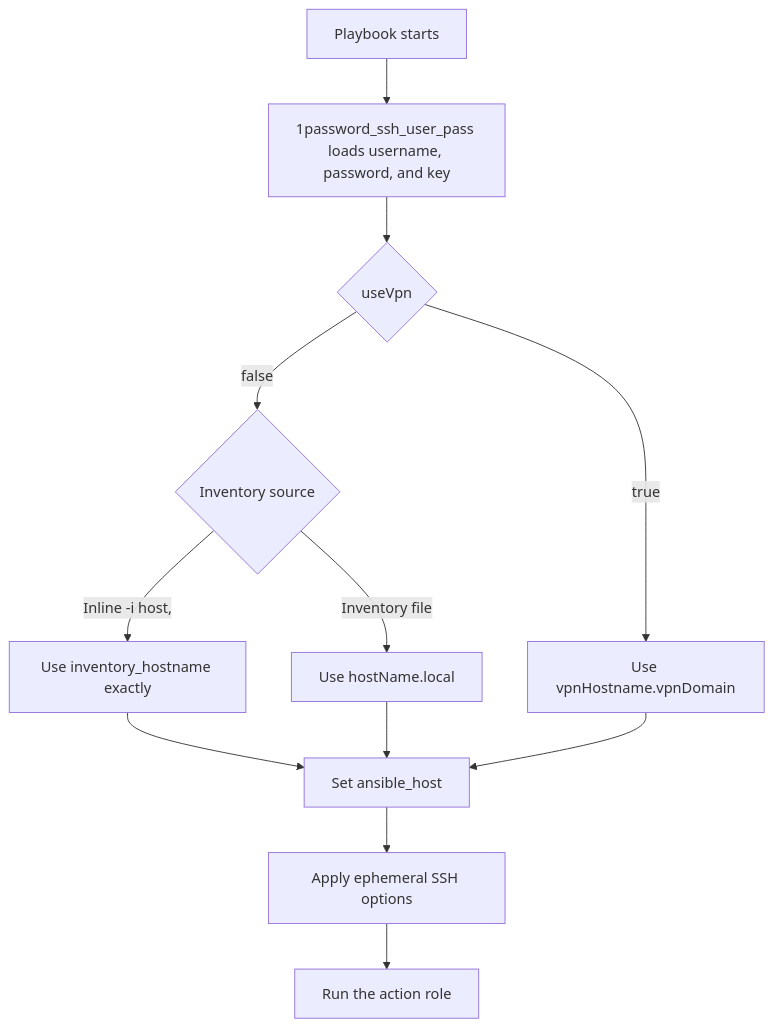
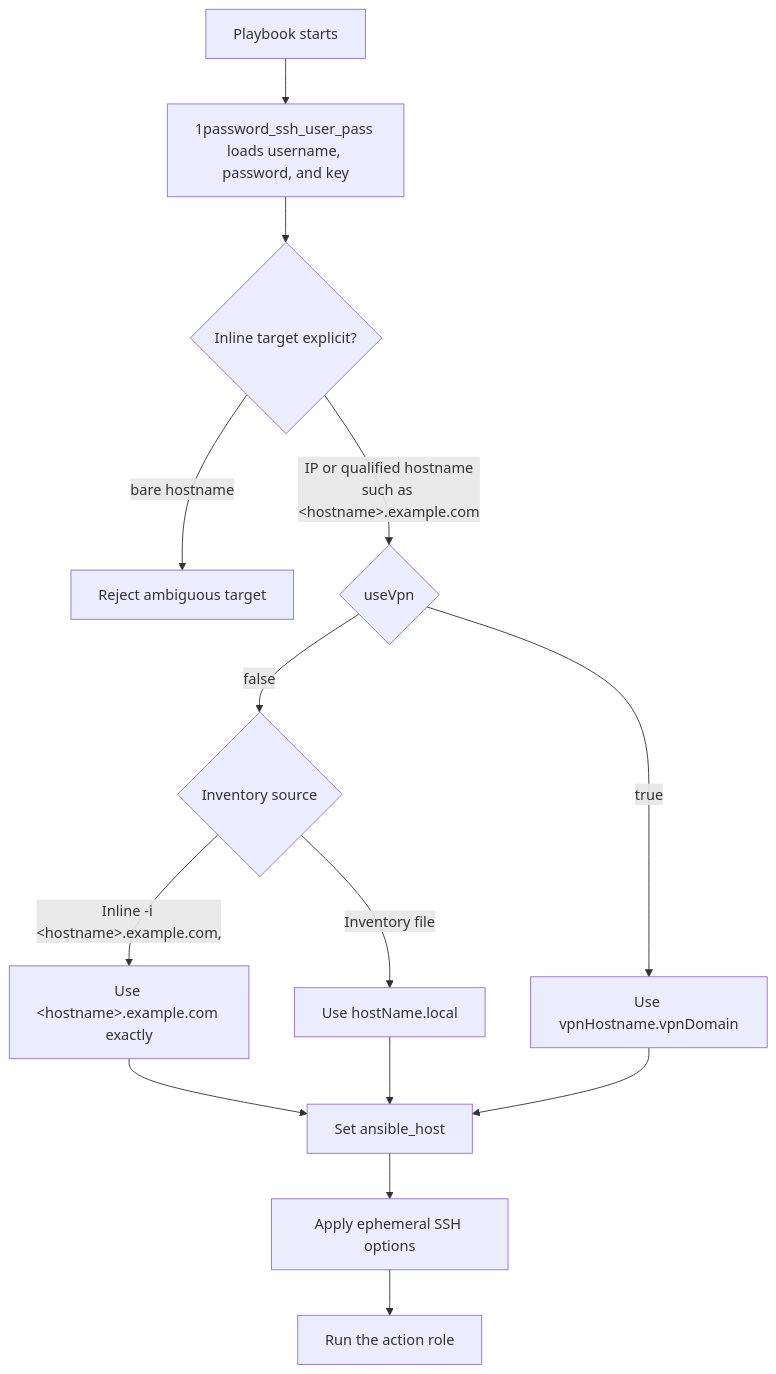
The diagram in docs/playbooks/ssh.md (kopecn/my-galaxy-playbooks), drawn with Mermaid before and after one commit. The commit also changed other lines of this file and 3 other files, not shown here.

````diff
--- a/docs/playbooks/ssh.md
+++ b/docs/playbooks/ssh.md
@@ -6,14 +6,16 @@
 ```mermaid
 flowchart TD
     Start[Playbook starts] --> Credentials[1password_ssh_user_pass loads username, password, and key]
-    Credentials --> Flag{useVpn}
+    Credentials --> Gate{Inline target explicit?}
+    Gate -->|bare hostname| Reject[Reject ambiguous target]
+    Gate -->|IP or qualified hostname<br/>such as &lt;hostname&gt;.example.com| Flag{useVpn}
     Flag -->|true| Tail[Use vpnHostname.vpnDomain]
     Flag -->|false| Source{Inventory source}
-    Source -->|Inline -i host,| Exact[Use inventory_hostname exactly]
+    Source -->|Inline -i &lt;hostname&gt;.example.com,| Exact[Use &lt;hostname&gt;.example.com exactly]
     Source -->|Inventory file| Local[Use hostName.local]
     Exact --> Route[Set ansible_host]
     Local --> Route
     Tail --> Route
     Route --> Ephemeral[Apply ephemeral SSH options]
     Ephemeral --> Action[Run the action role]
 ```
````
